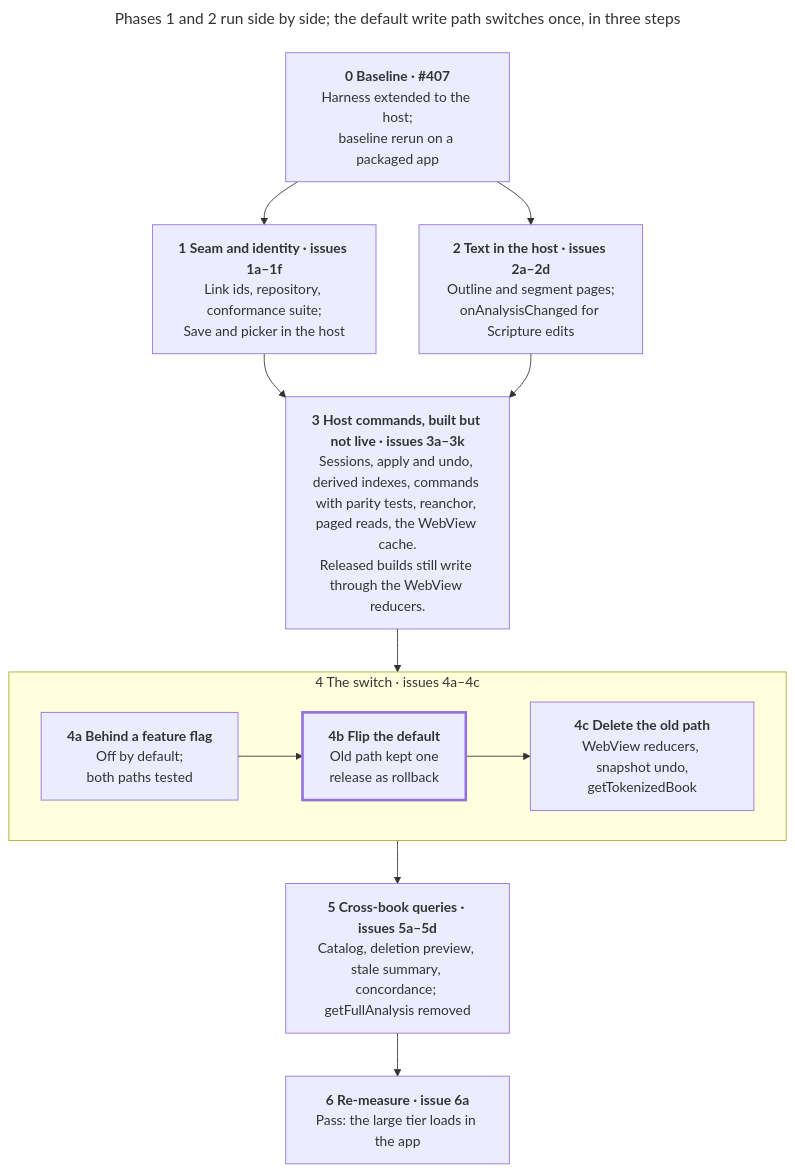
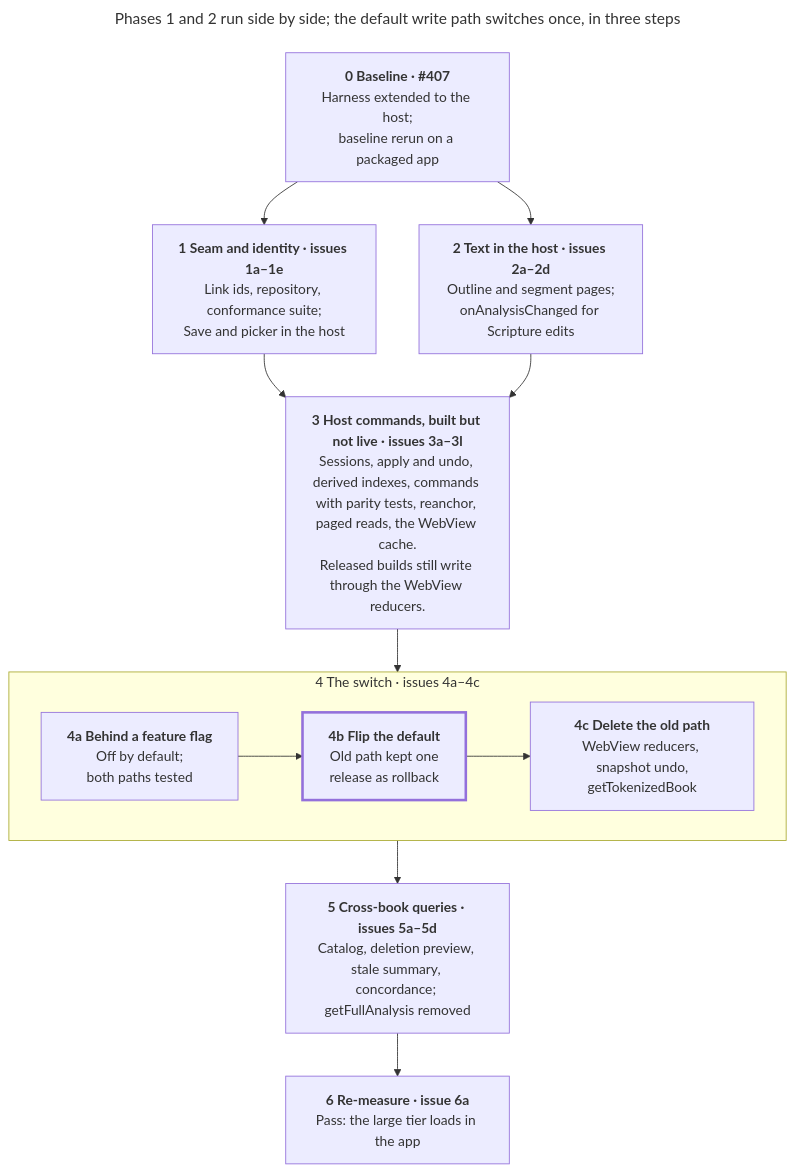
The second of 2 diagrams in docs/data-layer-plan/plan.md (sillsdev/interlinearizer-extension), drawn with Mermaid before and after one commit. The commit also changed other lines of this file and 1 other file, not shown here.

First line of the commit message:
Renumber the data layer plan's issues after moving the indexes

````diff
--- a/docs/data-layer-plan/plan.md
+++ b/docs/data-layer-plan/plan.md
@@ -106,24 +106,24 @@
 ```mermaid
 ---
 title: Phases 1 and 2 run side by side; the default write path switches once, in three steps
 ---
 flowchart TB
   p0["<b>0 Baseline · #407</b><br/>Harness extended to the host;<br/>baseline rerun on a packaged app"]
-  p1["<b>1 Seam and identity · issues 1a–1f</b><br/>Link ids, repository, conformance suite;<br/>Save and picker in the host"]
+  p1["<b>1 Seam and identity · issues 1a–1e</b><br/>Link ids, repository, conformance suite;<br/>Save and picker in the host"]
   p2["<b>2 Text in the host · issues 2a–2d</b><br/>Outline and segment pages;<br/>onAnalysisChanged for Scripture edits"]
-  p3["<b>3 Host commands, built but not live · issues 3a–3k</b><br/>Sessions, apply and undo, derived indexes, commands with parity tests, reanchor, paged reads, the WebView cache.<br/>Released builds still write through the WebView reducers."]
+  p3["<b>3 Host commands, built but not live · issues 3a–3l</b><br/>Sessions, apply and undo, derived indexes, commands with parity tests, reanchor, paged reads, the WebView cache.<br/>Released builds still write through the WebView reducers."]
   subgraph p4["4 The switch · issues 4a–4c"]
     direction LR
     p4a["<b>4a Behind a feature flag</b><br/>Off by default;<br/>both paths tested"]
     p4b["<b>4b Flip the default</b><br/>Old path kept one<br/>release as rollback"]
     p4c["<b>4c Delete the old path</b><br/>WebView reducers, snapshot undo,<br/>getTokenizedBook"]
     p4a --> p4b --> p4c
   end
   p5["<b>5 Cross-book queries · issues 5a–5d</b><br/>Catalog, deletion preview, stale summary, concordance; getFullAnalysis removed"]
   p6["<b>6 Re-measure · issue 6a</b><br/>Pass: the large tier loads in the app"]
   p0 --> p1 & p2
   p1 & p2 --> p3
   p3 --> p4 --> p5 --> p6
   classDef flip stroke-width:3px
   class p4b flip
 ```
````
